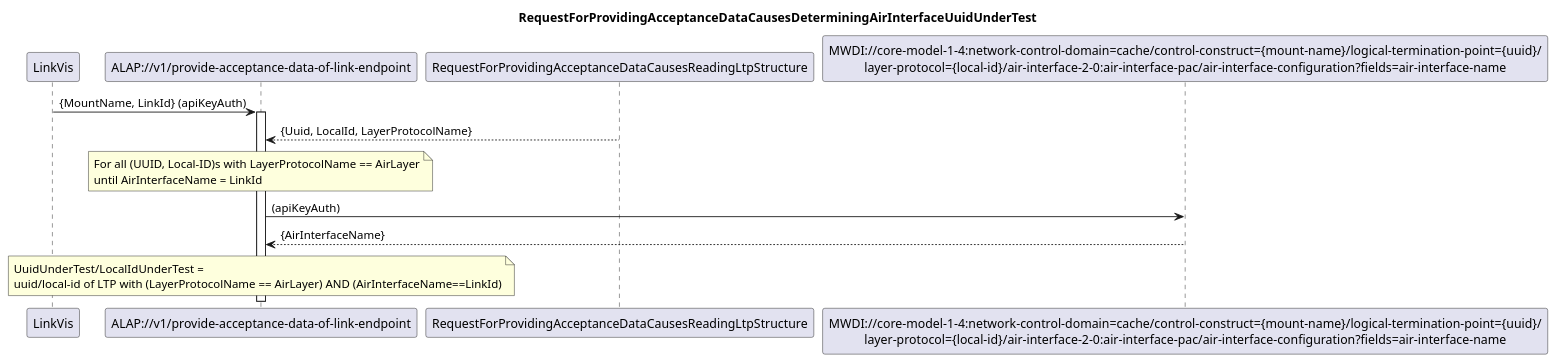
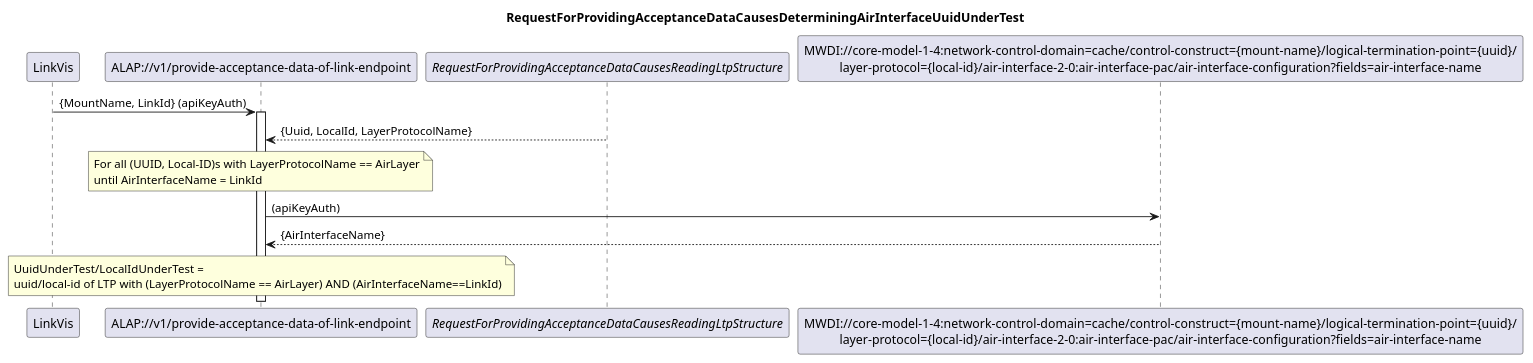
The diagram in spec/diagrams/101_DeterminingAirInterfaceUnderTest.plantuml (openBackhaul/AccessPlanningToolProxy), drawn with PlantUML before and after one commit. The commit also changed 5 other files, not shown here.

Commit message:
Distinguish callbacks from requests in diagrams

```diff
--- a/spec/diagrams/101_DeterminingAirInterfaceUnderTest.plantuml
+++ b/spec/diagrams/101_DeterminingAirInterfaceUnderTest.plantuml
@@ -1,31 +1,31 @@
 @startuml 101_DeterminingAirInterfaceUnderTest
 skinparam responseMessageBelowArrow true
 
 title
 RequestForProvidingAcceptanceDataCausesDeterminingAirInterfaceUuidUnderTest
 end title
 
 participant "LinkVis" as LinkVis
 participant "ALAP://v1/provide-acceptance-data-of-link-endpoint" as ALAP
-participant "RequestForProvidingAcceptanceDataCausesReadingLtpStructure" as LTPs
+participant "<i>RequestForProvidingAcceptanceDataCausesReadingLtpStructure</i>" as LTPs
 participant "MWDI://core-model-1-4:network-control-domain=cache/control-construct={mount-name}/logical-termination-point={uuid}/\nlayer-protocol={local-id}/air-interface-2-0:air-interface-pac/air-interface-configuration?fields=air-interface-name" as AirInterfaceName
 
 LinkVis -> ALAP: {MountName, LinkId} (apiKeyAuth)
 activate ALAP
 
 LTPs --> ALAP: {Uuid, LocalId, LayerProtocolName}
 
 note over ALAP
 For all (UUID, Local-ID)s with LayerProtocolName == AirLayer
 until AirInterfaceName = LinkId
 end note
 
 ALAP -> AirInterfaceName: (apiKeyAuth)
 AirInterfaceName --> ALAP: {AirInterfaceName}
 
 note over ALAP
 UuidUnderTest/LocalIdUnderTest = 
 uuid/local-id of LTP with (LayerProtocolName == AirLayer) AND (AirInterfaceName==LinkId)
 end note
 
 @enduml
```
